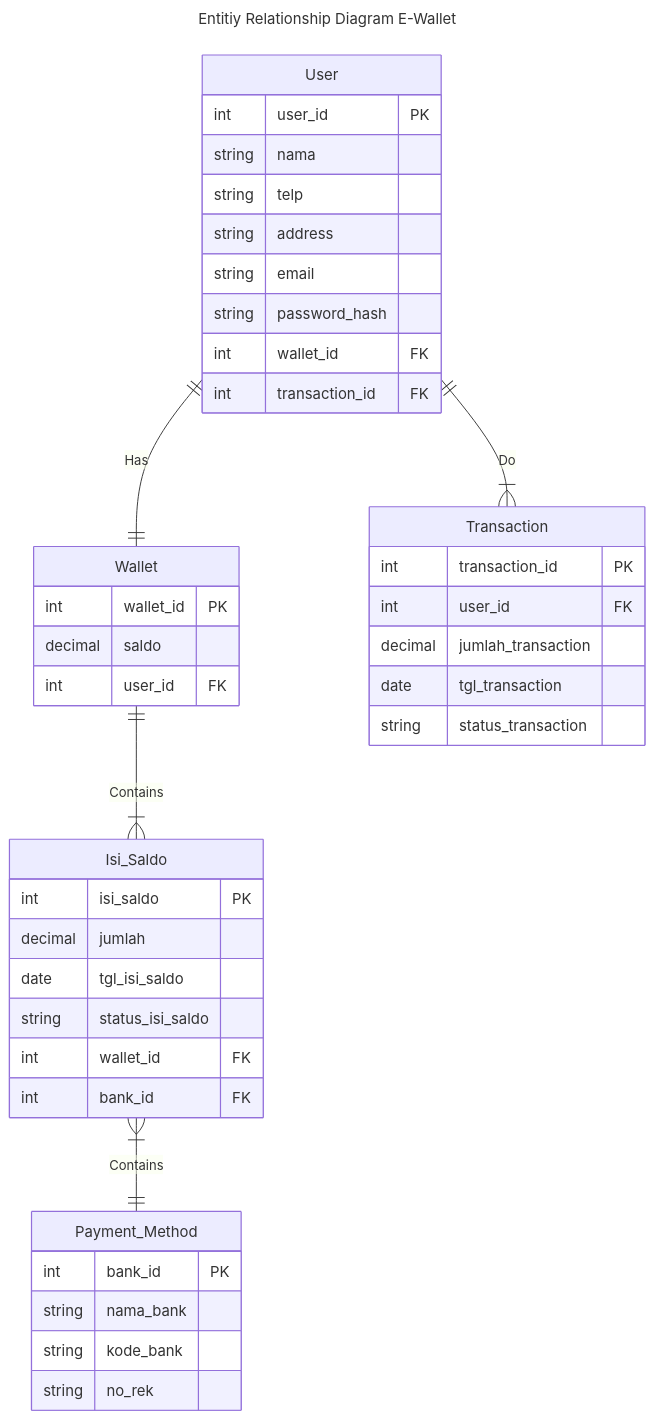
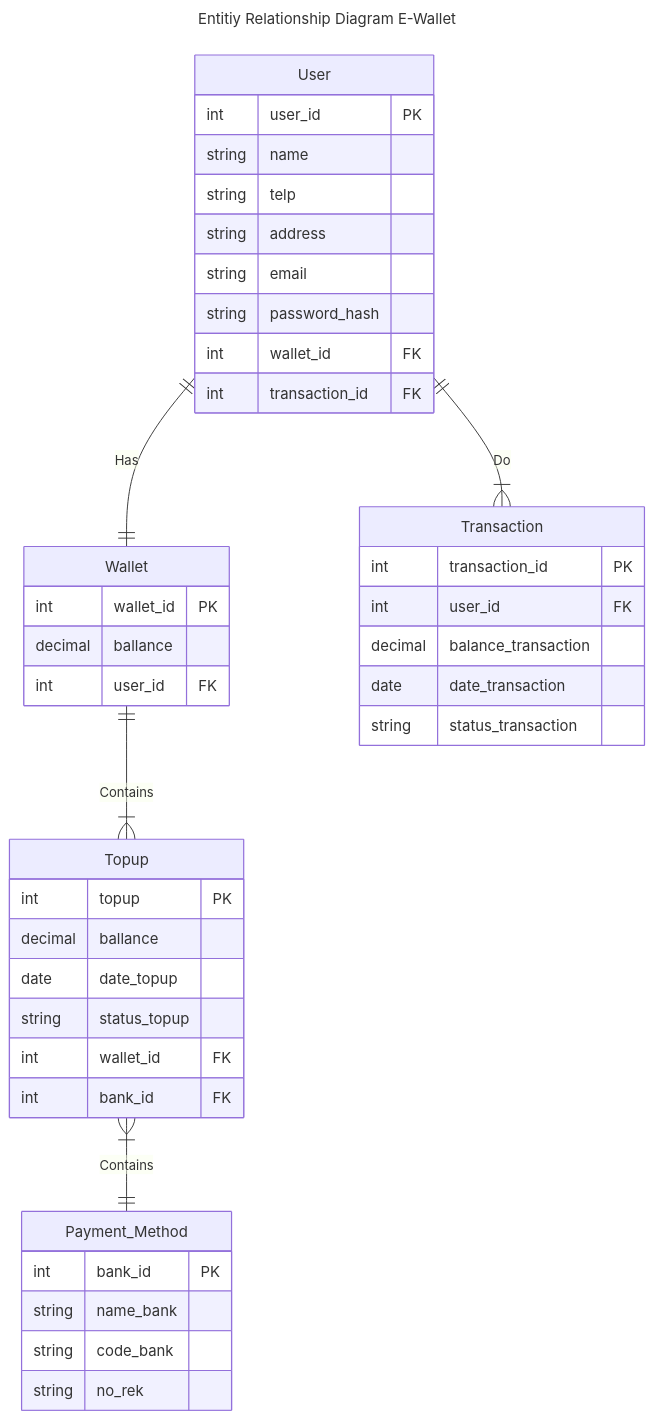
One commit to rifrifai/koda-b1-db2 changed the diagram in koda-b1-db2-ewallet_erd.md. Above: the diagram before and after it, drawn with Mermaid.

Commit message:
update using english

````diff
--- a/koda-b1-db2-ewallet_erd.md
+++ b/koda-b1-db2-ewallet_erd.md
@@ -1,53 +1,53 @@
 ```mermaid
 ---
 title: Entitiy Relationship Diagram E-Wallet
 ---
 erDiagram
 
 User ||--|| Wallet: Has
 User ||--|{ Transaction: Do
-Wallet ||--|{ Isi_Saldo: Contains
-Isi_Saldo }|--|| Payment_Method: Contains
+Wallet ||--|{ Topup: Contains
+Topup }|--|| Payment_Method: Contains
 
 User {
 	int user_id PK
-	string nama
+	string name
 	string telp
 	string address
 	string email
 	string password_hash
 	int wallet_id FK
 	int transaction_id FK
 }
 
 Wallet {
 	int wallet_id PK
-	decimal saldo
+	decimal ballance
 	int user_id FK
 }
 
 Payment_Method {
 	int bank_id PK
-	string nama_bank
-	string kode_bank
+	string name_bank
+	string code_bank
 	string no_rek
 }
 
-Isi_Saldo {
-	int isi_saldo PK
-	decimal jumlah
-	date tgl_isi_saldo
-	string status_isi_saldo
+Topup {
+	int topup PK
+	decimal ballance
+	date date_topup
+	string status_topup
 	int wallet_id FK
 	int bank_id FK
 }
 
 Transaction {
 	int transaction_id PK
 	int user_id FK
-	decimal jumlah_transaction
-	date tgl_transaction
+	decimal balance_transaction
+	date date_transaction
 	string status_transaction
 }
 
 ```
````
